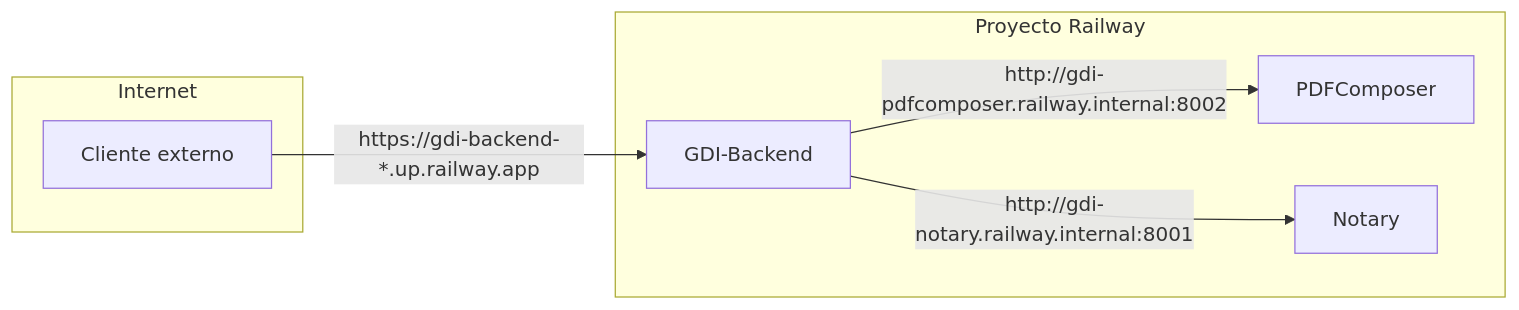
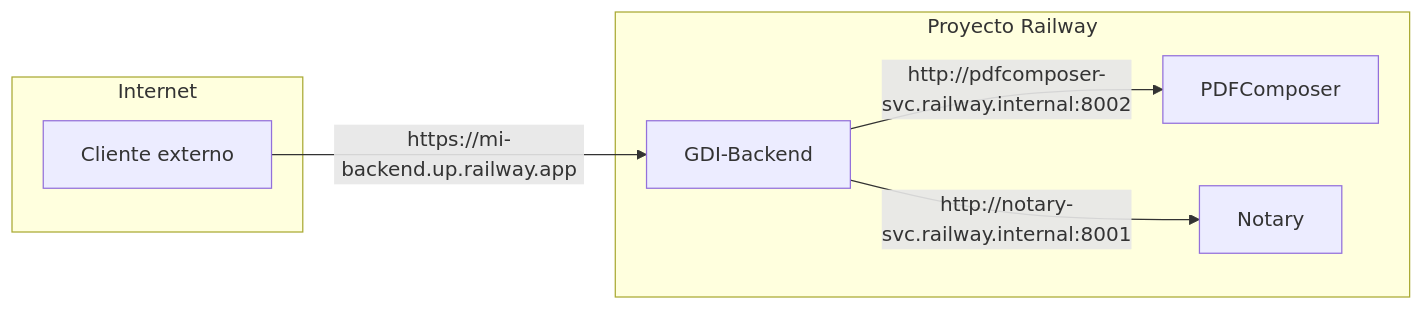
One commit to GDI-APGLv3/Site-Docs changed the diagram in docs/deploy/railway.md. Above: the diagram before and after it, drawn with Mermaid. The commit also changed other lines of this file and 13 other files, not shown here.

````diff
--- a/docs/deploy/railway.md
+++ b/docs/deploy/railway.md
@@ -275,16 +275,16 @@
 ```mermaid
 graph LR
     subgraph Internet
         Client["Cliente externo"]
     end
 
     subgraph Railway["Proyecto Railway"]
         BE["GDI-Backend"]
         PDF["PDFComposer"]
         NOT["Notary"]
     end
 
-    Client -->|"https://gdi-backend-*.up.railway.app"| BE
-    BE -->|"http://gdi-pdfcomposer.railway.internal:8002"| PDF
-    BE -->|"http://gdi-notary.railway.internal:8001"| NOT
+    Client -->|"https://mi-backend.up.railway.app"| BE
+    BE -->|"http://pdfcomposer-svc.railway.internal:8002"| PDF
+    BE -->|"http://notary-svc.railway.internal:8001"| NOT
 ```
````
